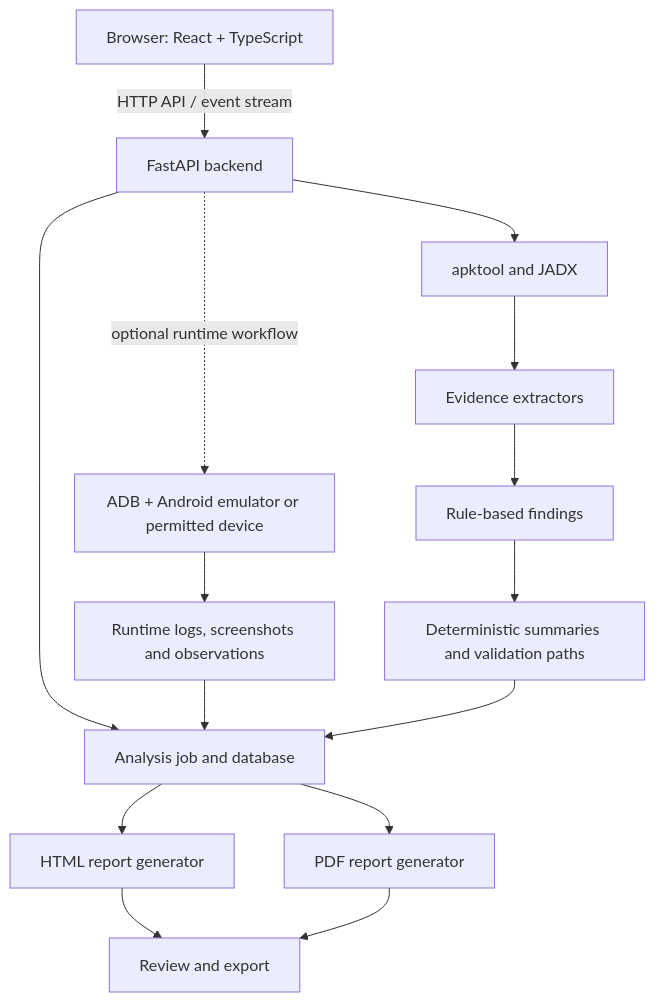
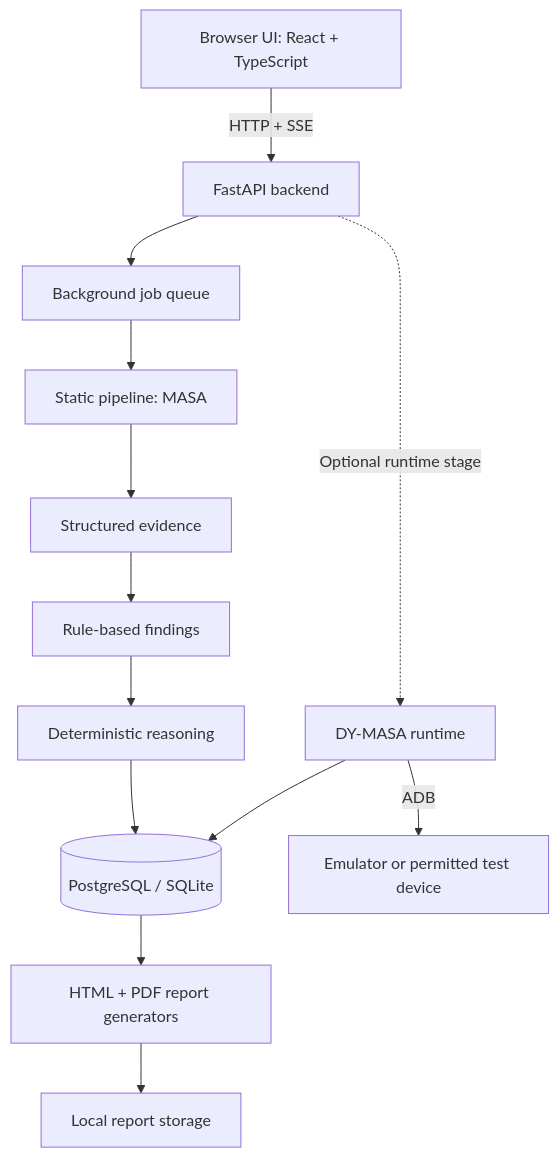
One commit to Mr-VantaRoot/DY-MASA_project changed the first of 2 diagrams in README.md. Above: the diagram before and after it, drawn with Mermaid. The commit also changed other lines of this file, not shown here.

Commit message:
docs: expand MASA and DY-MASA README

````diff
--- a/README.md
+++ b/README.md
@@ -105,17 +96,15 @@
 ```mermaid
 flowchart TD
-    U[Browser: React + TypeScript] -->|HTTP API / event stream| B[FastAPI backend]
-    B --> J[Analysis job and database]
-    B --> D[apktool and JADX]
-    D --> E[Evidence extractors]
-    E --> F[Rule-based findings]
-    F --> R[Deterministic summaries and validation paths]
-    B -. optional runtime workflow .-> A[ADB + Android emulator or permitted device]
-    A --> V[Runtime logs, screenshots and observations]
-    V --> J
-    R --> J
-    J --> H[HTML report generator]
-    J --> P[PDF report generator]
-    H --> O[Review and export]
-    P --> O
+    UI["Browser UI: React + TypeScript"] -->|"HTTP + SSE"| API["FastAPI backend"]
+    API --> Q["Background job queue"]
+    Q --> S["Static pipeline: MASA"]
+    S --> E["Structured evidence"]
+    E --> F["Rule-based findings"]
+    F --> R["Deterministic reasoning"]
+    R --> DB[("PostgreSQL / SQLite")]
+    API -. "Optional runtime stage" .-> D["DY-MASA runtime"]
+    D -->|"ADB"| DEV["Emulator or permitted test device"]
+    D --> DB
+    DB --> REP["HTML + PDF report generators"]
+    REP --> OUT["Local report storage"]
 ```
````
